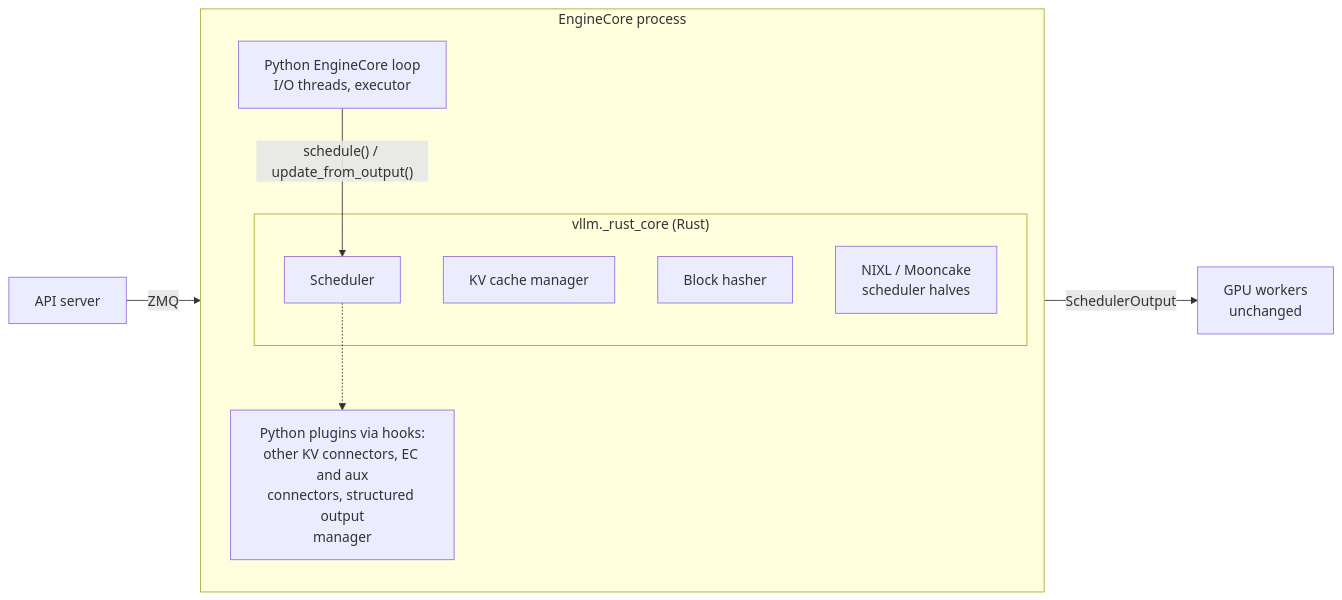
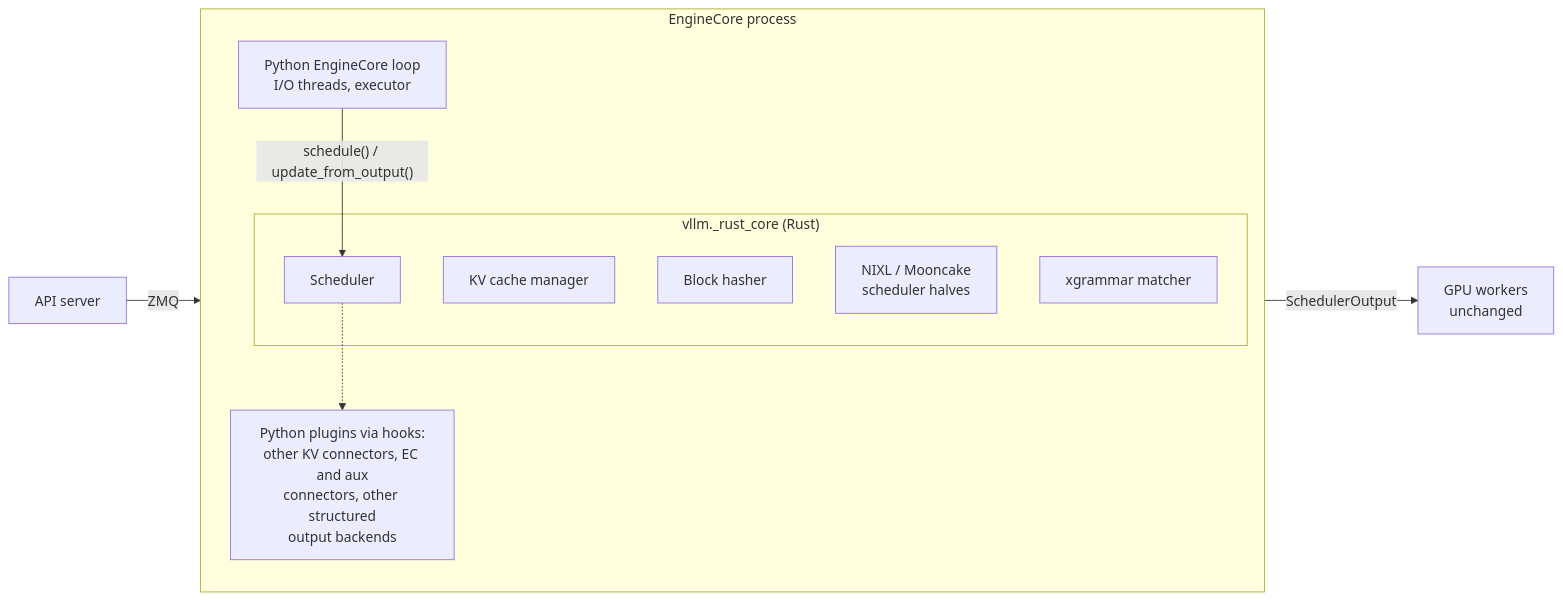
The diagram in docs/design/rust_engine_core.md (vllm-project/vllm), drawn with Mermaid before and after one commit. The commit also changed other lines of this file and 20 other files, not shown here.

First line of the commit message:
[Core] Native xgrammar structured output for the Rust scheduler

````diff
--- a/docs/design/rust_engine_core.md
+++ b/docs/design/rust_engine_core.md
@@ -56,17 +56,18 @@
 ```mermaid
 flowchart LR
     FE[API server] -- ZMQ --> EC
     subgraph EC[EngineCore process]
         Loop[Python EngineCore loop<br/>I/O threads, executor]
         subgraph RC["vllm._rust_core (Rust)"]
             Sched[Scheduler]
             KV[KV cache manager]
             Hash[Block hasher]
             Conn[NIXL / Mooncake<br/>scheduler halves]
+            XG[xgrammar matcher]
         end
-        Hooks[Python plugins via hooks:<br/>other KV connectors, EC and aux<br/>connectors, structured output<br/>manager]
+        Hooks[Python plugins via hooks:<br/>other KV connectors, EC and aux<br/>connectors, other structured<br/>output backends]
         Loop -- "schedule() / update_from_output()" --> Sched
         Sched -.-> Hooks
     end
     EC -- SchedulerOutput --> W[GPU workers<br/>unchanged]
 ```
````
